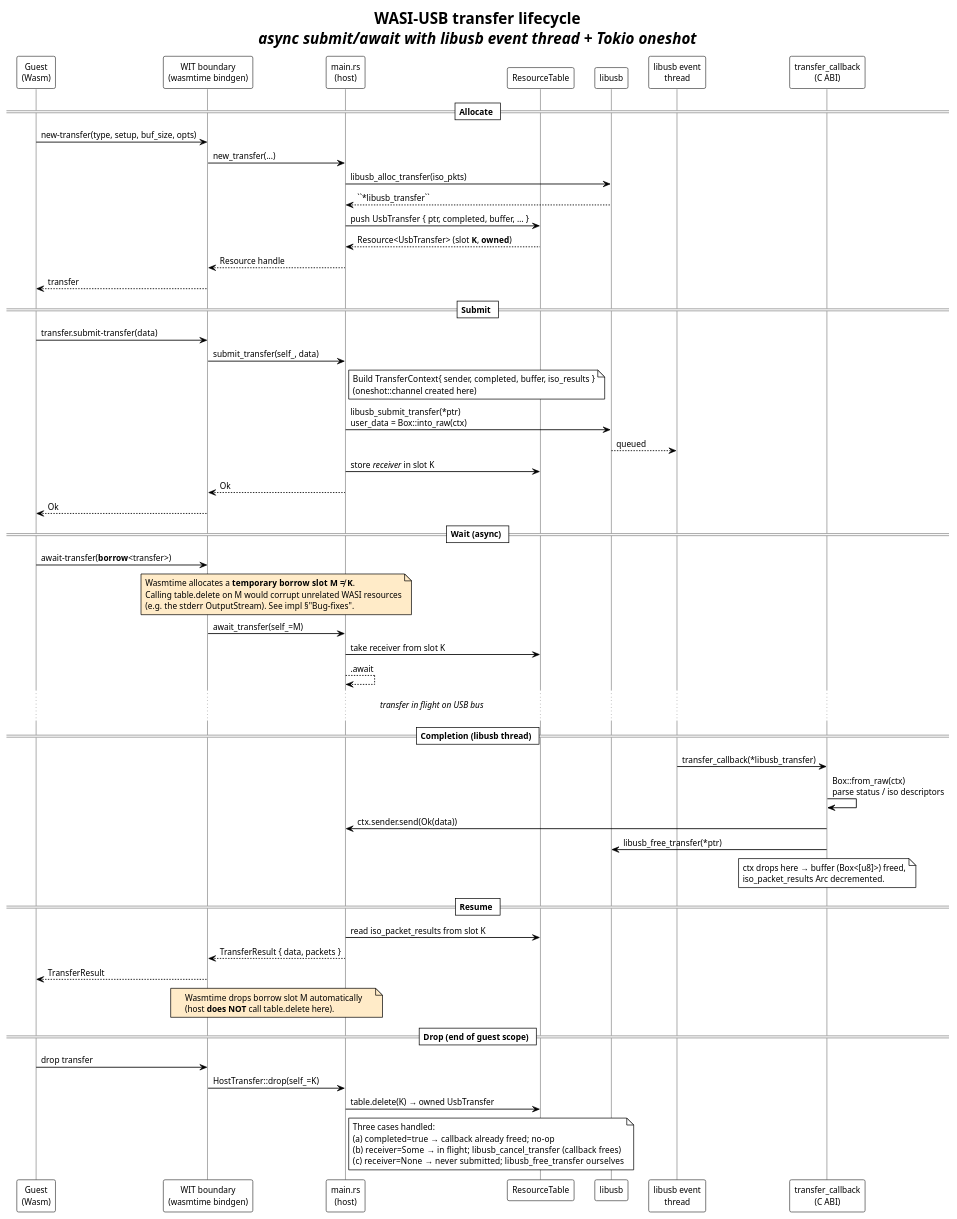
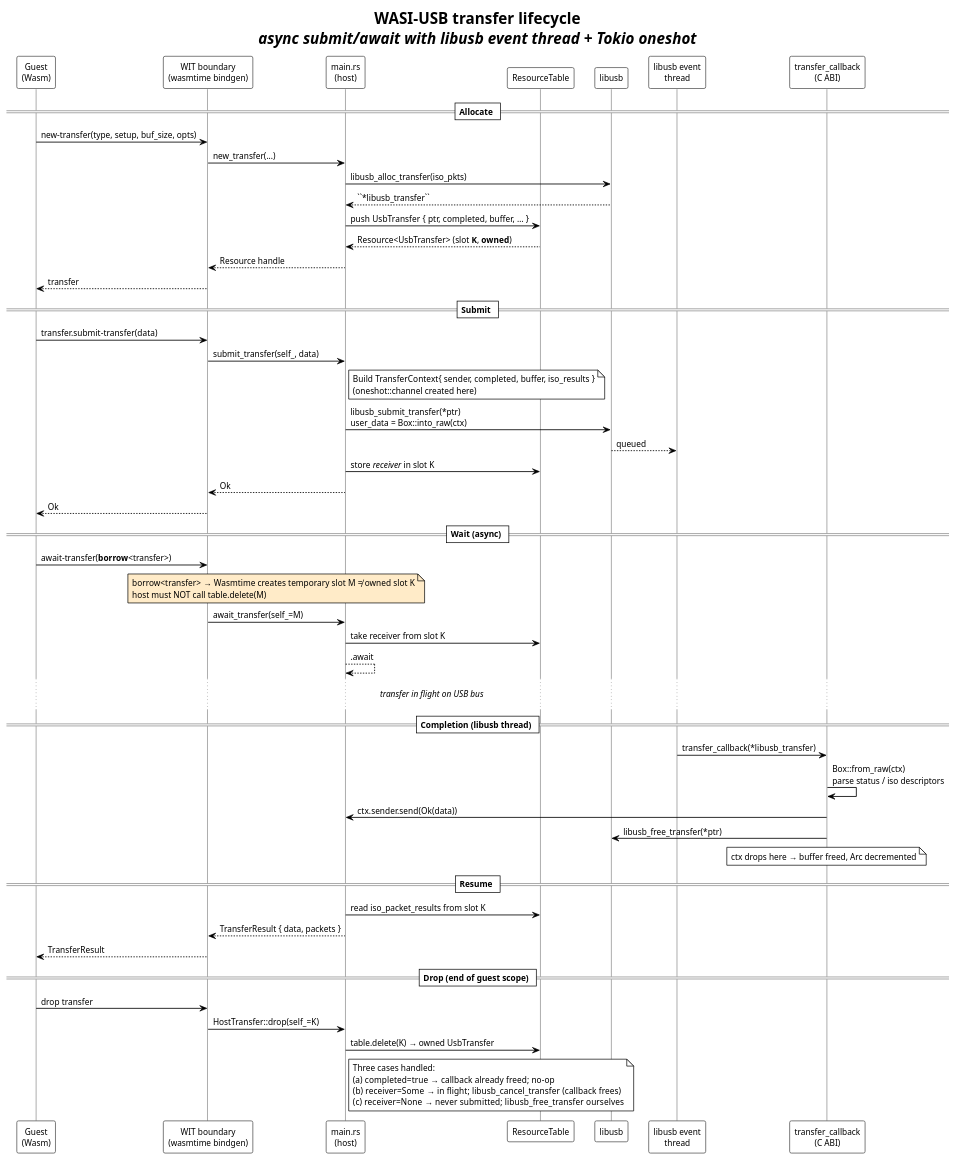
One commit to idlab-discover/masters-sibren-wieme changed the diagram in diagrams/transfer_lifecycle.puml. Above: the diagram before and after it, drawn with PlantUML. The commit also changed 7 other files, not shown here.

Commit message:
diagrams: notes ingekort — minder uitleg, meer to the point

```diff
--- a/diagrams/transfer_lifecycle.puml
+++ b/diagrams/transfer_lifecycle.puml
@@ -1,85 +1,79 @@
 @startuml transfer_lifecycle
 !theme plain
 skinparam shadowing false
 skinparam defaultFontName "Helvetica"
 skinparam defaultFontSize 12
 skinparam SequenceArrowThickness 1.2
 skinparam ParticipantBorderColor #444
 skinparam SequenceLifeLineBorderColor #888
 
 title WASI-USB transfer lifecycle\n//async submit/await with libusb event thread + Tokio oneshot//
 
 participant "Guest\n(Wasm)"     as G
 participant "WIT boundary\n(wasmtime bindgen)" as WIT
 participant "main.rs\n(host)"   as H
 participant "ResourceTable"     as RT
 participant "libusb"            as LU
 participant "libusb event\nthread"   as ET
 participant "transfer_callback\n(C ABI)" as CB
 
 == Allocate ==
 G  ->  WIT : new-transfer(type, setup, buf_size, opts)
 WIT -> H   : new_transfer(...)
 H  ->  LU  : libusb_alloc_transfer(iso_pkts)
 LU -->  H  : ``*libusb_transfer``
 H  ->  RT  : push UsbTransfer { ptr, completed, buffer, … }
 RT -->  H  : Resource<UsbTransfer> (slot **K**, **owned**)
 H  -->  WIT: Resource handle
 WIT -->  G : transfer
 
 == Submit ==
 G  ->  WIT : transfer.submit-transfer(data)
 WIT -> H   : submit_transfer(self_, data)
 note right of H
   Build TransferContext{ sender, completed, buffer, iso_results }
   (oneshot::channel created here)
 end note
 H  ->  LU  : libusb_submit_transfer(*ptr)\nuser_data = Box::into_raw(ctx)
 LU --> ET  : queued
 H  ->  RT  : store //receiver// in slot K
 H  -->  WIT: Ok
 WIT -->  G : Ok
 
 == Wait (async) ==
 G  ->  WIT : await-transfer(**borrow**<transfer>)
 note over WIT, H #FFEBC8
-  Wasmtime allocates a **temporary borrow slot M ≠ K**.
-  Calling table.delete on M would corrupt unrelated WASI resources
-  (e.g. the stderr OutputStream).  See impl §"Bug-fixes".
+  borrow<transfer> → Wasmtime creates temporary slot M ≠ owned slot K
+  host must NOT call table.delete(M)
 end note
 WIT -> H   : await_transfer(self_=M)
 H  ->  RT  : take receiver from slot K
 H  --> H   : .await
 ... //transfer in flight on USB bus// ...
 
 == Completion (libusb thread) ==
 ET -> CB   : transfer_callback(*libusb_transfer)
 CB -> CB   : Box::from_raw(ctx)\nparse status / iso descriptors
 CB -> H    : ctx.sender.send(Ok(data))
 CB -> LU   : libusb_free_transfer(*ptr)
 note over CB
-  ctx drops here → buffer (Box<[u8]>) freed,
-  iso_packet_results Arc decremented.
+  ctx drops here → buffer freed, Arc decremented
 end note
 
 == Resume ==
 H  ->  RT  : read iso_packet_results from slot K
 H  -->  WIT: TransferResult { data, packets }
 WIT -->  G : TransferResult
-note over WIT, H #FFEBC8
-  Wasmtime drops borrow slot M automatically
-  (host **does NOT** call table.delete here).
-end note
 
 == Drop (end of guest scope) ==
 G  ->  WIT : drop transfer
 WIT -> H   : HostTransfer::drop(self_=K)
 H  ->  RT  : table.delete(K) → owned UsbTransfer
 note right of H
   Three cases handled:
   (a) completed=true   → callback already freed; no-op
   (b) receiver=Some    → in flight; libusb_cancel_transfer (callback frees)
   (c) receiver=None    → never submitted; libusb_free_transfer ourselves
 end note
 
 @enduml
```
